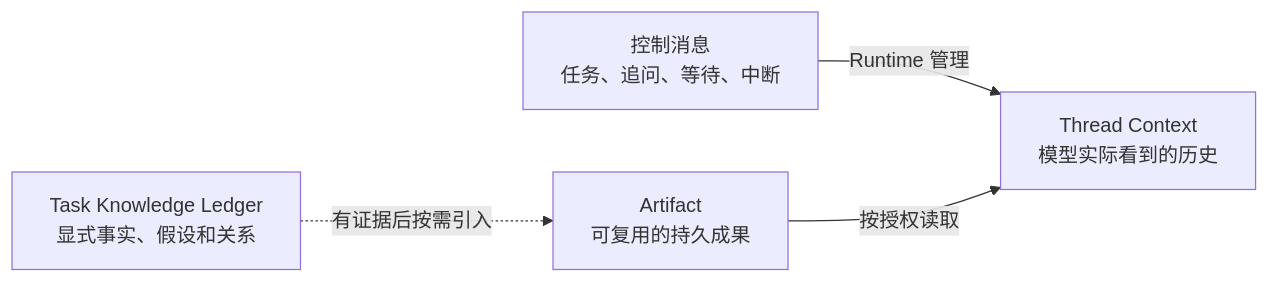
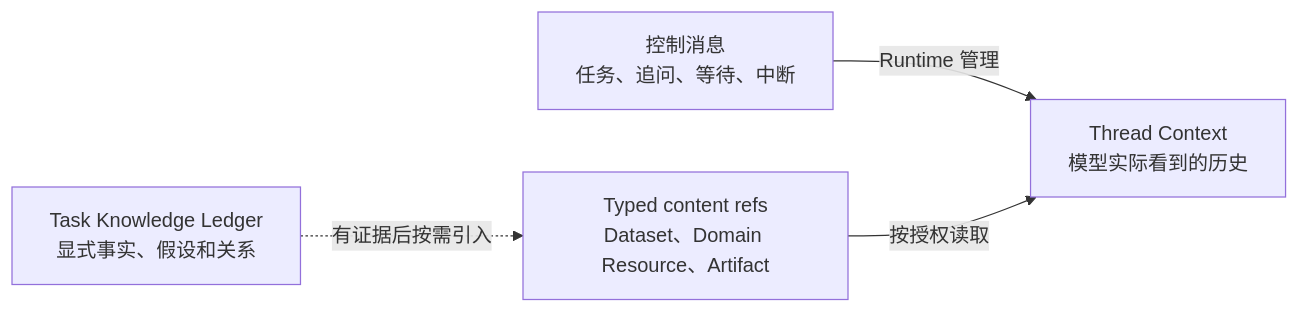
One commit to JO-WTF/open-web-codex changed the first of 4 diagrams in docs/agent-information-exchange-evolution.md. Above: the diagram before and after it, drawn with Mermaid. The commit also changed other lines of this file and 306 other files, not shown here.

````diff
--- a/docs/agent-information-exchange-evolution.md
+++ b/docs/agent-information-exchange-evolution.md
@@ -25,11 +30,11 @@
 ```mermaid
 flowchart LR
     MSG["控制消息<br/>任务、追问、等待、中断"]
     CTX["Thread Context<br/>模型实际看到的历史"]
-    ART["Artifact<br/>可复用的持久成果"]
+    ART["Typed content refs<br/>Dataset、Domain Resource、Artifact"]
     LEDGER["Task Knowledge Ledger<br/>显式事实、假设和关系"]
 
     MSG -->|"Runtime 管理"| CTX
     ART -->|"按授权读取"| CTX
     LEDGER -. "有证据后按需引入" .-> ART
 ```
````
